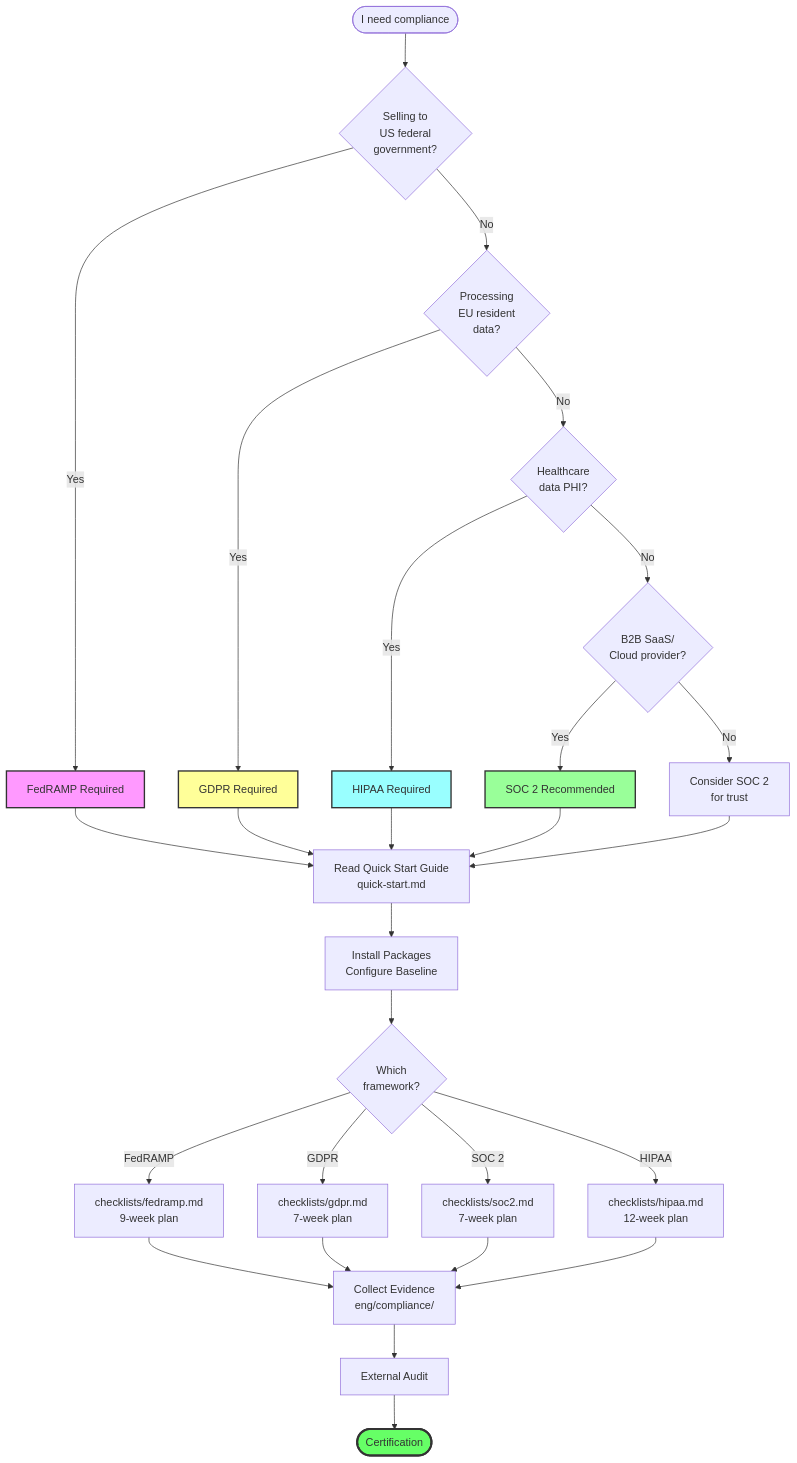
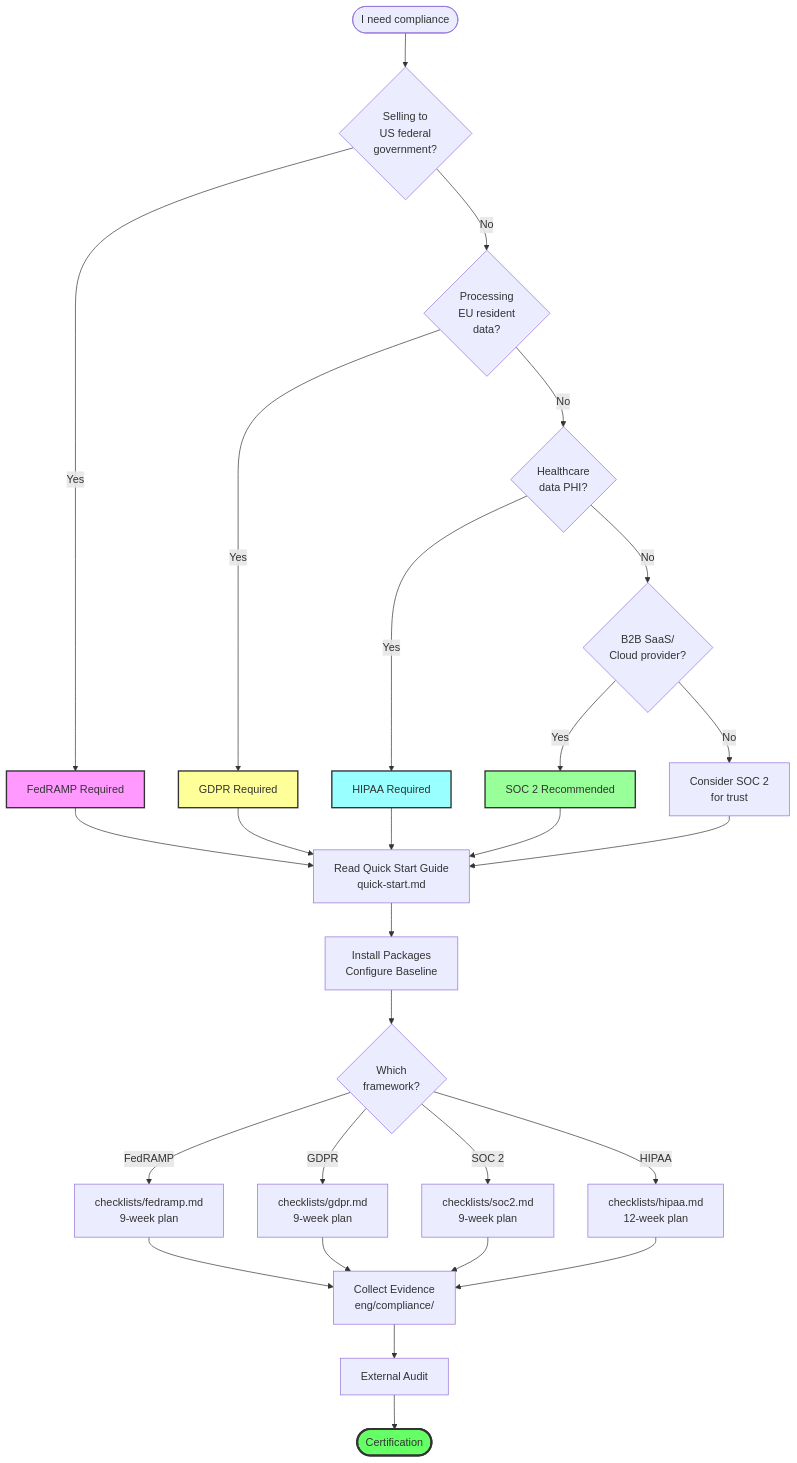
Before and after one commit to TrigintaFaces/Excalibur: the first of 9 diagrams in docs-site/docs/compliance/navigation-guide.md, drawn with Mermaid. The commit also changed other lines of this file and 1853 other files, not shown here.

````diff
--- a/docs-site/docs/compliance/navigation-guide.md
+++ b/docs-site/docs/compliance/navigation-guide.md
@@ -24,45 +24,45 @@
 ```mermaid
 flowchart TD
     Start([I need compliance]) --> Question1{Selling to<br/>US federal<br/>government?}
 
     Question1 -->|Yes| FedRAMP[FedRAMP Required]
     Question1 -->|No| Question2{Processing<br/>EU resident<br/>data?}
 
     Question2 -->|Yes| GDPR[GDPR Required]
     Question2 -->|No| Question3{Healthcare<br/>data PHI?}
 
     Question3 -->|Yes| HIPAA[HIPAA Required]
     Question3 -->|No| Question4{B2B SaaS/<br/>Cloud provider?}
 
     Question4 -->|Yes| SOC2[SOC 2 Recommended]
     Question4 -->|No| Optional[Consider SOC 2<br/>for trust]
 
     FedRAMP --> QuickStart
     GDPR --> QuickStart
     HIPAA --> QuickStart
     SOC2 --> QuickStart
     Optional --> QuickStart
 
     QuickStart[Read Quick Start Guide<br/>quick-start.md] --> Install[Install Packages<br/>Configure Baseline]
 
     Install --> ChooseChecklist{Which<br/>framework?}
 
     ChooseChecklist -->|FedRAMP| FedRAMPChecklist[checklists/fedramp.md<br/>9-week plan]
-    ChooseChecklist -->|GDPR| GDPRChecklist[checklists/gdpr.md<br/>7-week plan]
-    ChooseChecklist -->|SOC 2| SOC2Checklist[checklists/soc2.md<br/>7-week plan]
+    ChooseChecklist -->|GDPR| GDPRChecklist[checklists/gdpr.md<br/>9-week plan]
+    ChooseChecklist -->|SOC 2| SOC2Checklist[checklists/soc2.md<br/>9-week plan]
     ChooseChecklist -->|HIPAA| HIPAAChecklist[checklists/hipaa.md<br/>12-week plan]
 
     FedRAMPChecklist --> Evidence
     GDPRChecklist --> Evidence
     SOC2Checklist --> Evidence
     HIPAAChecklist --> Evidence
 
     Evidence[Collect Evidence<br/>eng/compliance/] --> Audit[External Audit]
     Audit --> Cert([Certification])
 
     style FedRAMP fill:#f9f,stroke:#333,stroke-width:2px
     style GDPR fill:#ff9,stroke:#333,stroke-width:2px
     style HIPAA fill:#9ff,stroke:#333,stroke-width:2px
     style SOC2 fill:#9f9,stroke:#333,stroke-width:2px
     style Cert fill:#6f6,stroke:#333,stroke-width:3px
 ```
````
